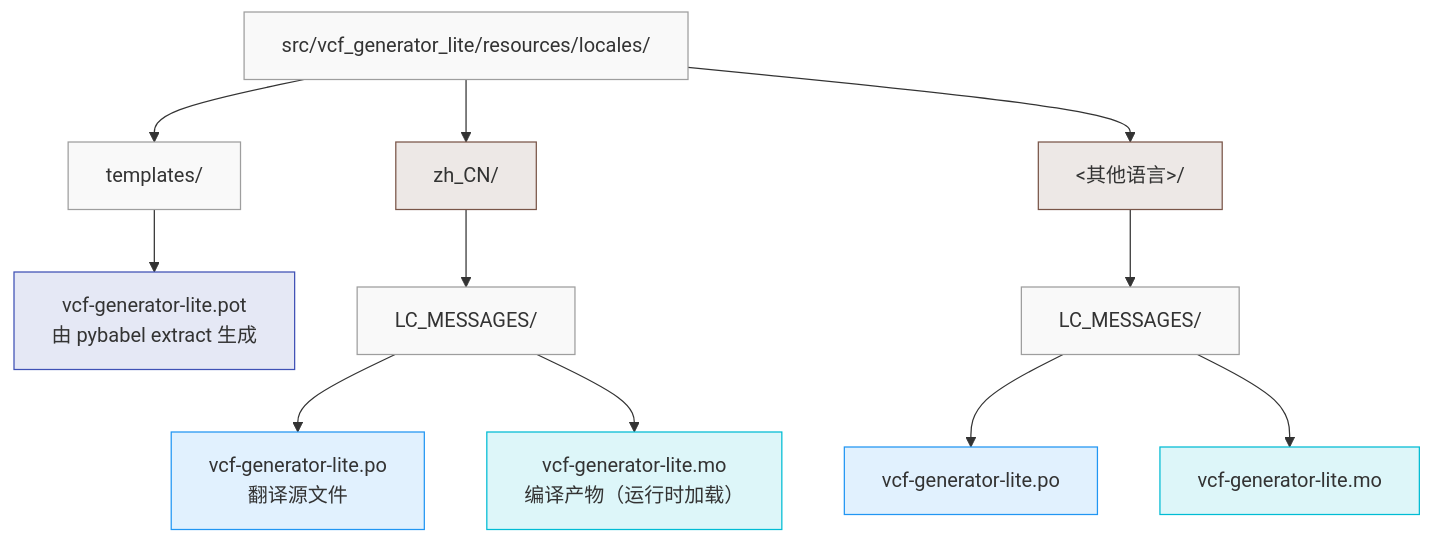
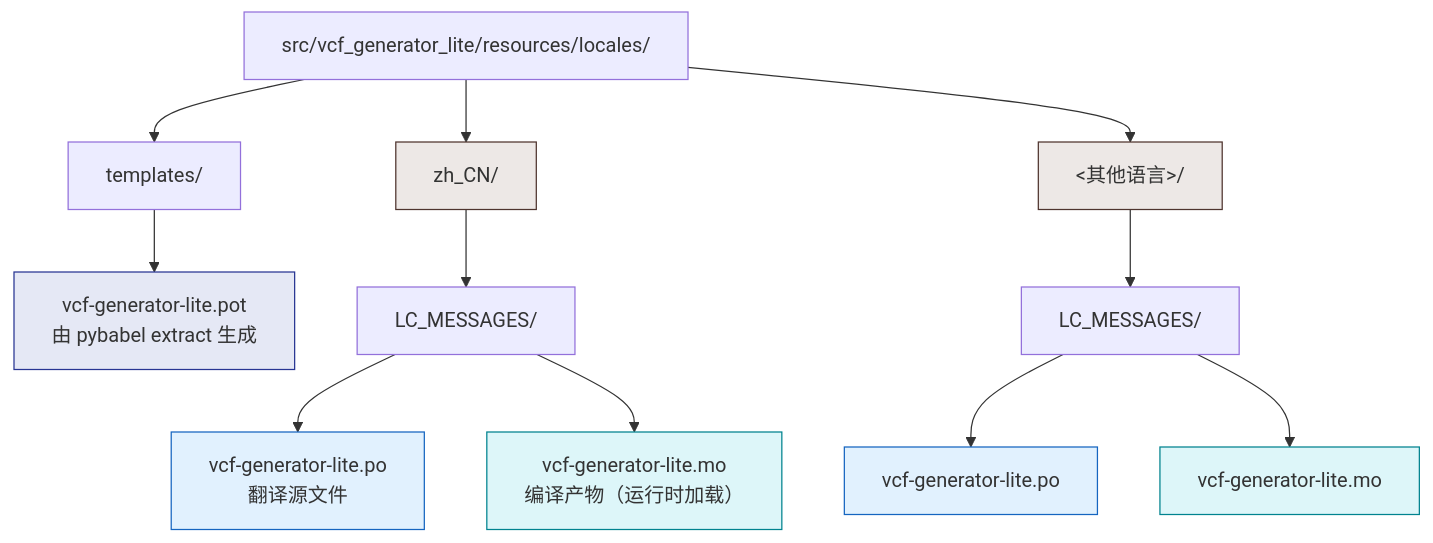
One commit to hellotool/VCFGeneratorLiteWithTkinter changed the diagram in docs/dev/globalization/translation.md. Above: the diagram before and after it, drawn with Mermaid.

Commit message:
docs: 更新文档中的样式定义和类使用
1.  修正了国际化文档里的class样式描边色值
2.  移除了冗余的others类定义和对应的类绑定

````diff
--- a/docs/dev/globalization/translation.md
+++ b/docs/dev/globalization/translation.md
@@ -7,29 +7,27 @@
 ```mermaid
 flowchart TD
     ROOT["src/vcf_generator_lite/resources/locales/"]
 
     ROOT --> TEMPLATES["templates/"]
     TEMPLATES --> POT["vcf-generator-lite.pot<br/>由 pybabel extract 生成"]
 
     ROOT --> ZH["zh_CN/"]
     ZH --> ZH_LC["LC_MESSAGES/"]
     ZH_LC --> ZH_PO["vcf-generator-lite.po<br/>翻译源文件"]
     ZH_LC --> ZH_MO["vcf-generator-lite.mo<br/>编译产物（运行时加载）"]
 
     ROOT --> OTH["<其他语言>/"]
     OTH --> OTH_LC["LC_MESSAGES/"]
     OTH_LC --> OTH_PO["vcf-generator-lite.po"]
     OTH_LC --> OTH_MO["vcf-generator-lite.mo"]
 
-    classDef others fill:#9E9E9E10,stroke:#9E9E9E
-    classDef lang fill:#79554822,stroke:#795548
-    classDef pot fill:#3F51B522,stroke:#3F51B5
-    classDef po fill:#2196F322,stroke:#2196F3
-    classDef mo fill:#00BCD422,stroke:#00BCD4
+    classDef lang fill:#79554822,stroke:#4e342e
+    classDef pot fill:#3F51B522,stroke:#283593
+    classDef po fill:#2196F322,stroke:#1565c0
+    classDef mo fill:#00BCD422,stroke:#00838f
 
-    class ROOT,TEMPLATES,ZH_LC,OTH_LC others
     class ZH,OTH lang
     class ZH_PO,OTH_PO po
     class ZH_MO,OTH_MO mo
     class POT pot
 ```
````
